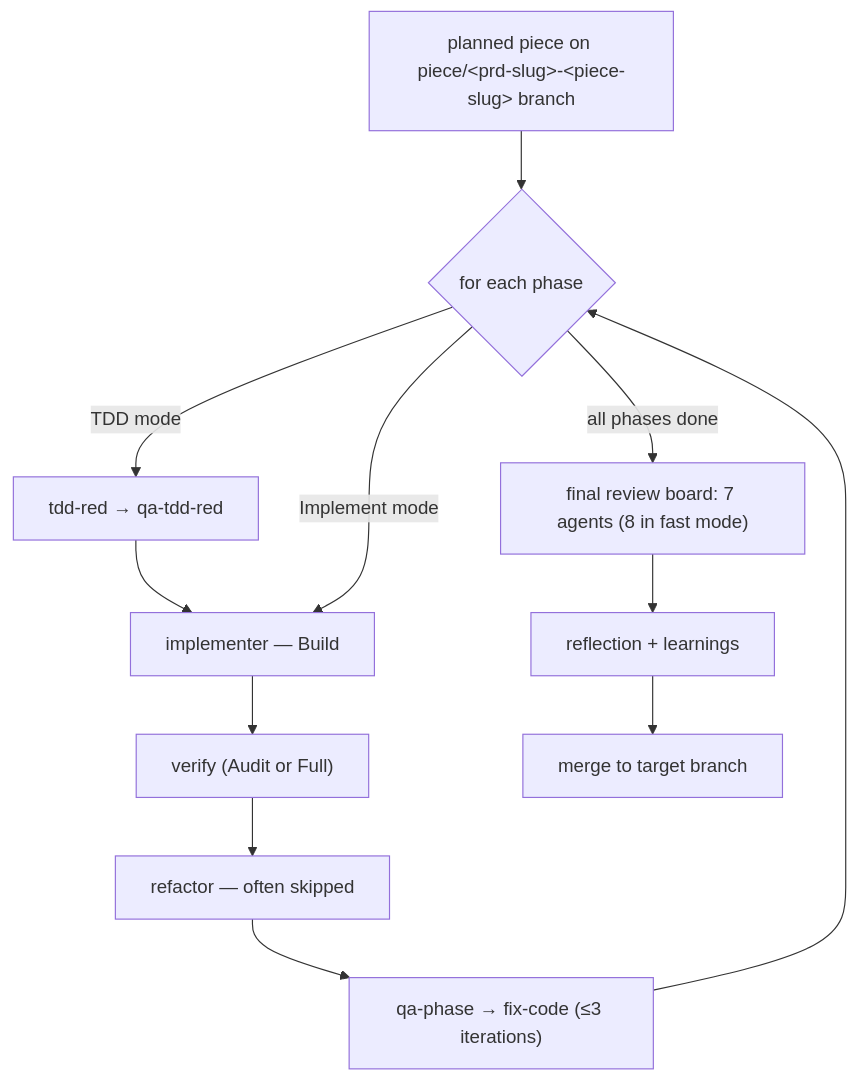
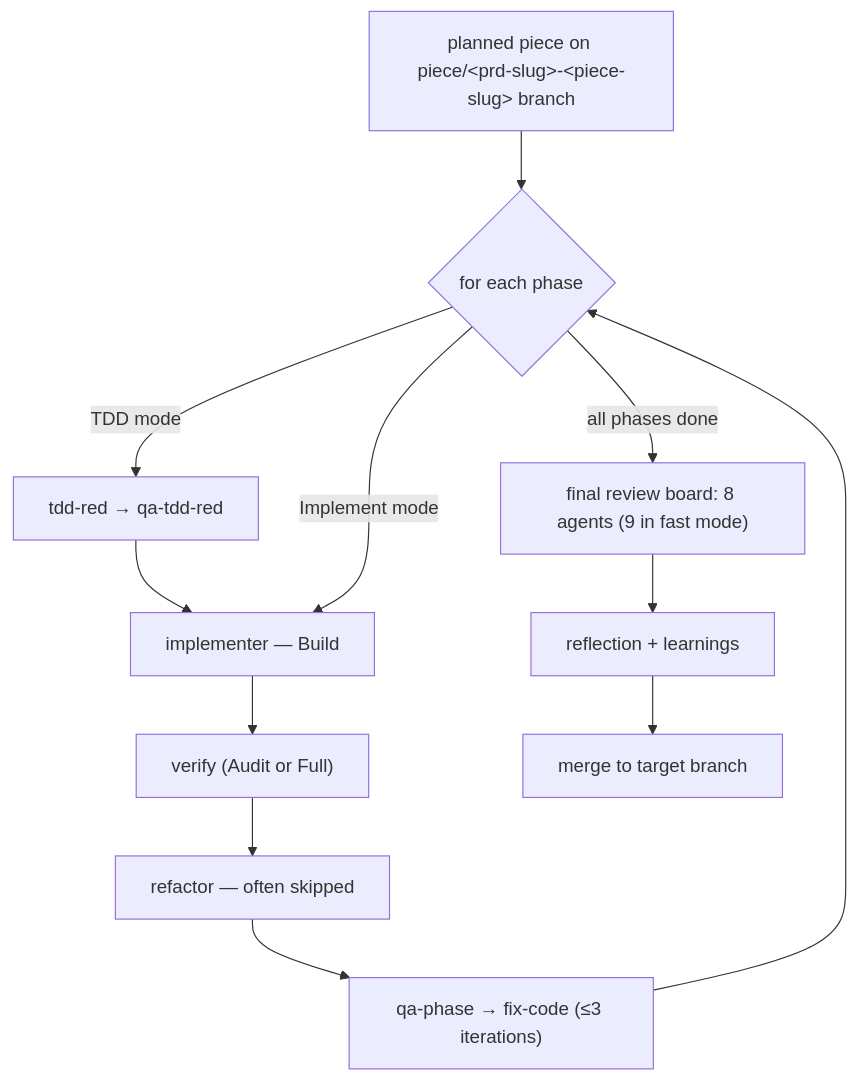
One commit to jmontanari/ai-plugins changed the diagram in plugins/spec-flow/docs/userguide/commands/execute.md. Above: the diagram before and after it, drawn with Mermaid. The commit also changed other lines of this file and 46 other files, not shown here.

First line of the commit message:
piece/shared-pi-014-integ-tests: spec-flow 4.12.0 — integration tests as a first-class pipeline primitive + Area K process-enforcement

````diff
--- a/plugins/spec-flow/docs/userguide/commands/execute.md
+++ b/plugins/spec-flow/docs/userguide/commands/execute.md
@@ -26,14 +26,14 @@
 ```mermaid
 flowchart TD
     start["planned piece on piece/&lt;prd-slug&gt;-&lt;piece-slug&gt; branch"] --> phase{"for each phase"}
     phase -->|TDD mode| red["tdd-red → qa-tdd-red"]
     red --> build["implementer — Build"]
     phase -->|Implement mode| build
     build --> verify["verify (Audit or Full)"]
     verify --> refactor["refactor — often skipped"]
     refactor --> phaseqa["qa-phase → fix-code (≤3 iterations)"]
     phaseqa --> phase
-    phase -->|all phases done| board["final review board: 7 agents (8 in fast mode)"]
+    phase -->|all phases done| board["final review board: 8 agents (9 in fast mode)"]
     board --> reflect["reflection + learnings"]
     reflect --> merge["merge to target branch"]
 ```
````
